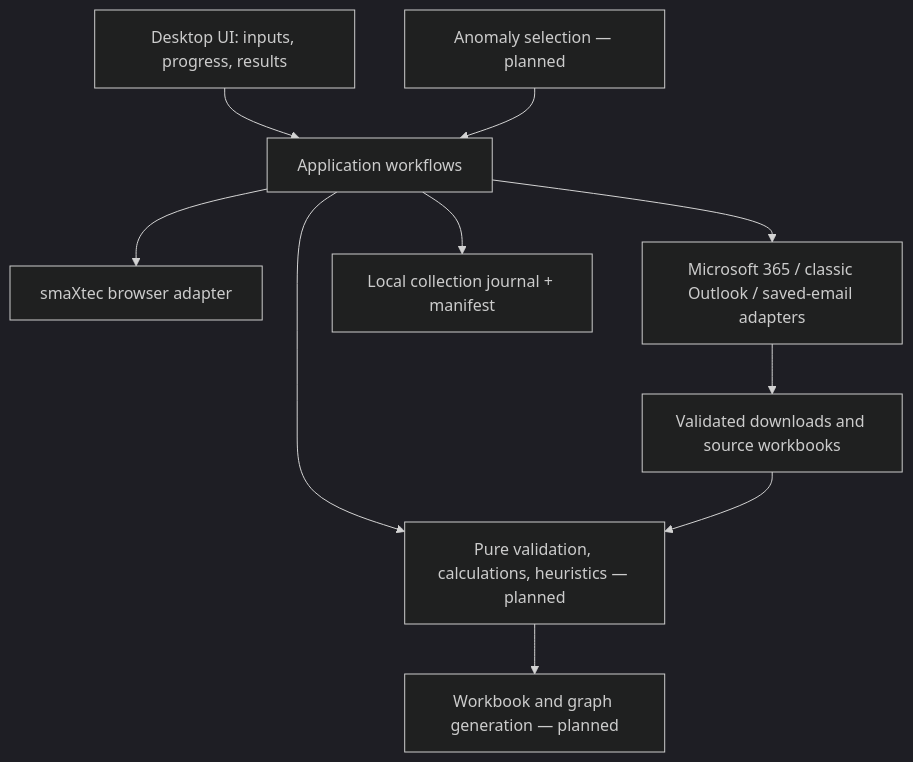
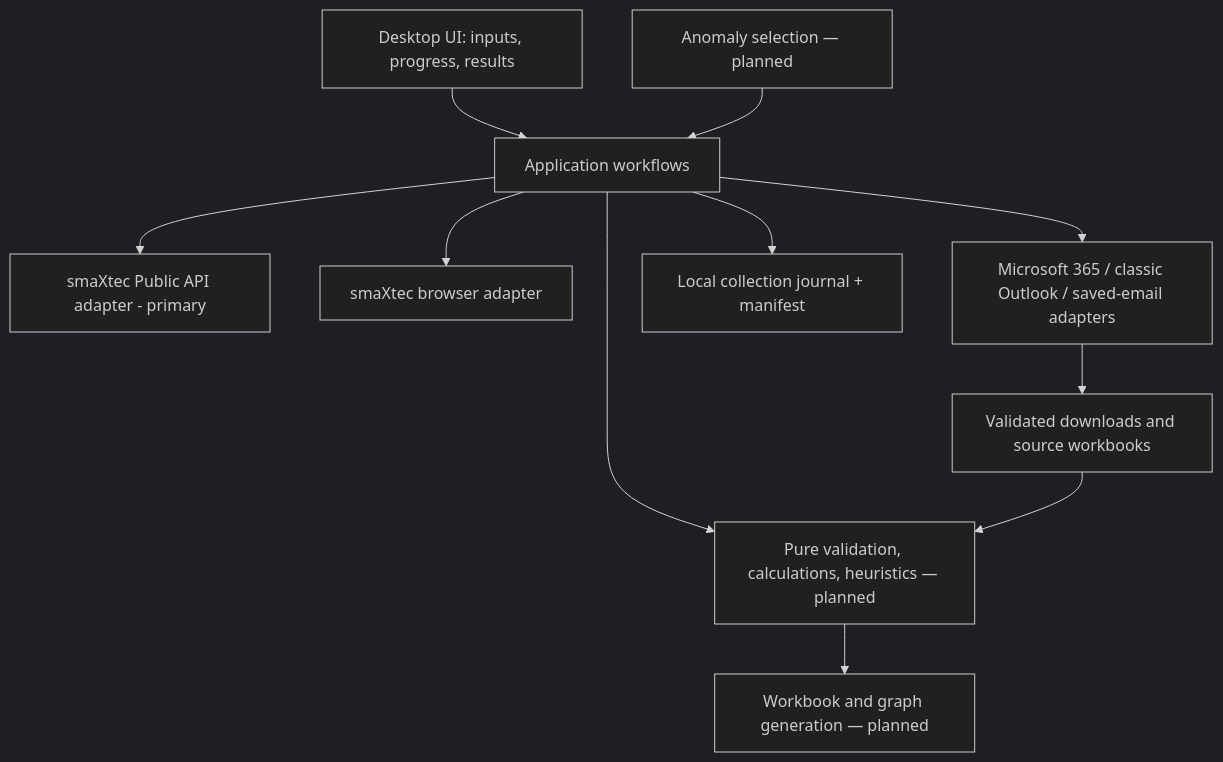
The diagram in docs/ARCHITECTURE.md (FelixvanDijk/SmaxTec), drawn with Mermaid (dark theme) before and after one commit. The commit also changed other lines of this file and 31 other files, not shown here.

Commit message:
feat: add direct smaXtec API data studio

````diff
--- a/docs/ARCHITECTURE.md
+++ b/docs/ARCHITECTURE.md
@@ -13,12 +13,13 @@
 ```mermaid
 flowchart TD
     UI[Desktop UI: inputs, progress, results] --> APP[Application workflows]
+    APP --> API[smaXtec Public API adapter - primary]
     APP --> WEB[smaXtec browser adapter]
     APP --> MAIL[Microsoft 365 / classic Outlook / saved-email adapters]
     APP --> JOBS[Local collection journal + manifest]
     APP --> DOMAIN[Pure validation, calculations, heuristics — planned]
     DOMAIN --> REPORTS[Workbook and graph generation — planned]
     MAIL --> FILES[Validated downloads and source workbooks]
     FILES --> DOMAIN
     AUTO[Anomaly selection — planned] --> APP
 ```
````
